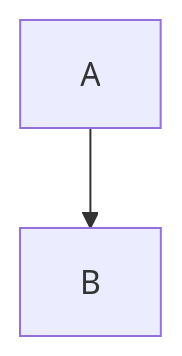
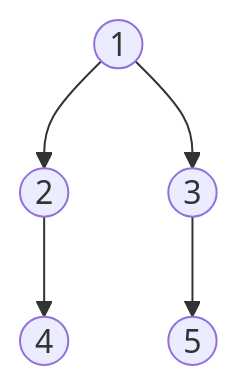
The diagram in Tree/树.md (tao363/LeetCode), drawn with Mermaid before and after one commit.

````diff
--- a/Tree/树.md
+++ b/Tree/树.md
@@ -27,4 +27,7 @@
 ```mermaid
 graph TB
-    A-->B
+    A((1))-->B((2))
+    A--> C((3))
+    B--> D((4))
+    C-->F((5))
 ```
````
